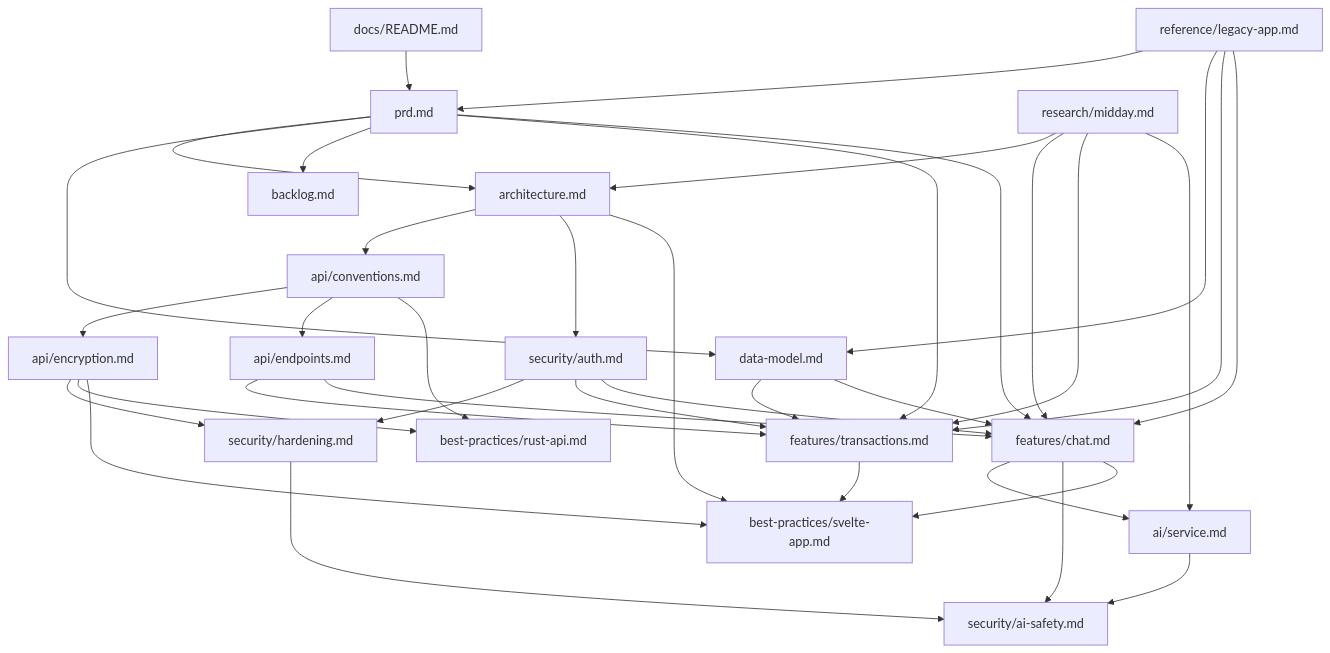
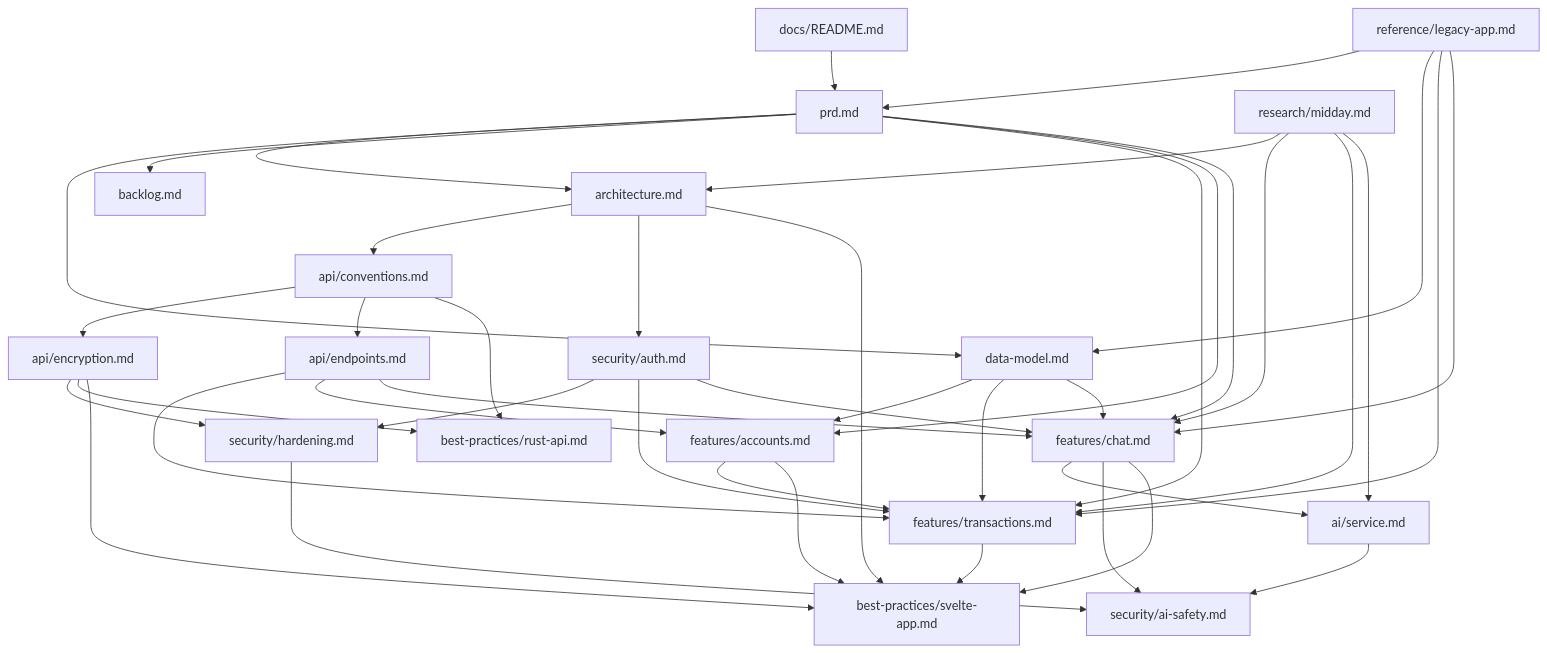
Before and after one commit to lazlanrafar/oewang: the diagram in docs/README.md, drawn with Mermaid. The commit also changed other lines of this file and 99 other files, not shown here.

````diff
--- a/docs/README.md
+++ b/docs/README.md
@@ -28,39 +29,44 @@
 ```mermaid
 flowchart TD
     README["docs/README.md"] --> PRD["prd.md"]
     PRD --> ARCH["architecture.md"]
     PRD --> DM["data-model.md"]
     PRD --> BACKLOG["backlog.md"]
     ARCH --> CONV["api/conventions.md"]
     CONV --> ENC["api/encryption.md"]
     CONV --> EP["api/endpoints.md"]
     ARCH --> AUTH["security/auth.md"]
     AUTH --> HARD["security/hardening.md"]
     ENC --> HARD
     PRD --> TXN["features/transactions.md"]
+    PRD --> ACC["features/accounts.md"]
     PRD --> CHAT["features/chat.md"]
     CHAT --> AI["ai/service.md"]
     CHAT --> SAFE["security/ai-safety.md"]
     AI --> SAFE
     HARD --> SAFE
     EP --> TXN
+    EP --> ACC
+    ACC --> TXN
+    DM --> ACC
+    ACC --> SVELTE
     EP --> CHAT
     AUTH --> TXN
     AUTH --> CHAT
     DM --> TXN
     DM --> CHAT
     CONV --> RUST["best-practices/rust-api.md"]
     ENC --> RUST
     ARCH --> SVELTE["best-practices/svelte-app.md"]
     ENC --> SVELTE
     TXN --> SVELTE
     CHAT --> SVELTE
     LEGACY["reference/legacy-app.md"] --> PRD
     LEGACY --> DM
     LEGACY --> TXN
     LEGACY --> CHAT
     MIDDAY["research/midday.md"] --> ARCH
     MIDDAY --> CHAT
     MIDDAY --> TXN
     MIDDAY --> AI
 ```
````
